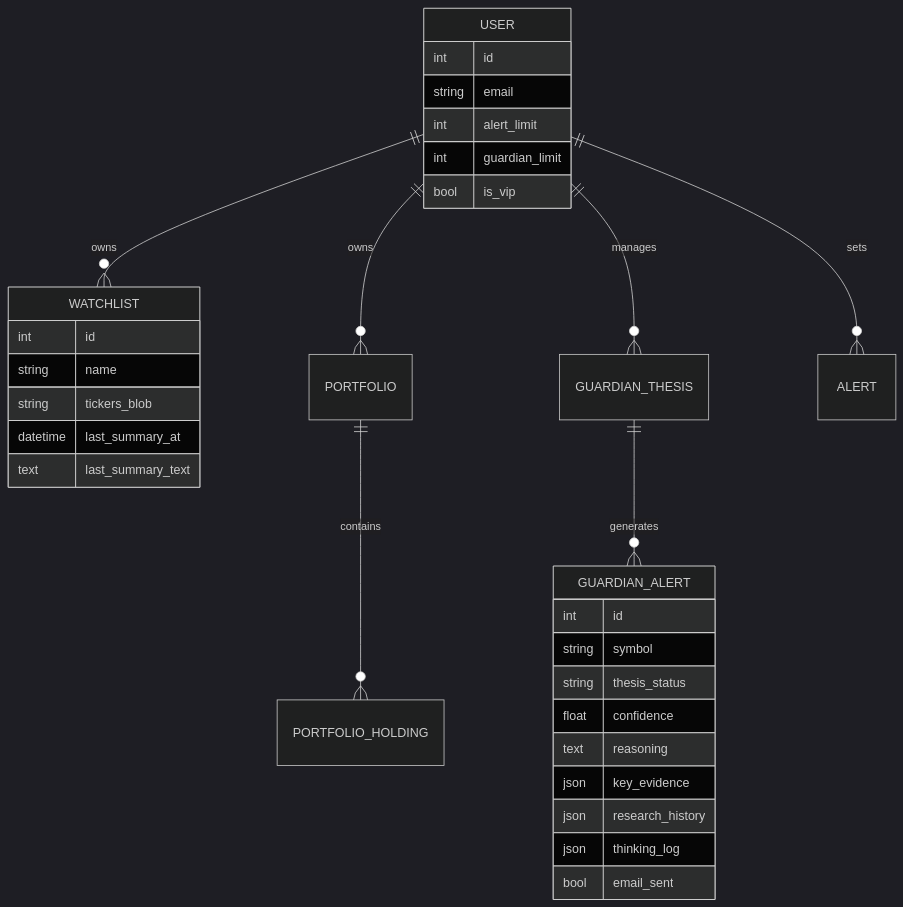
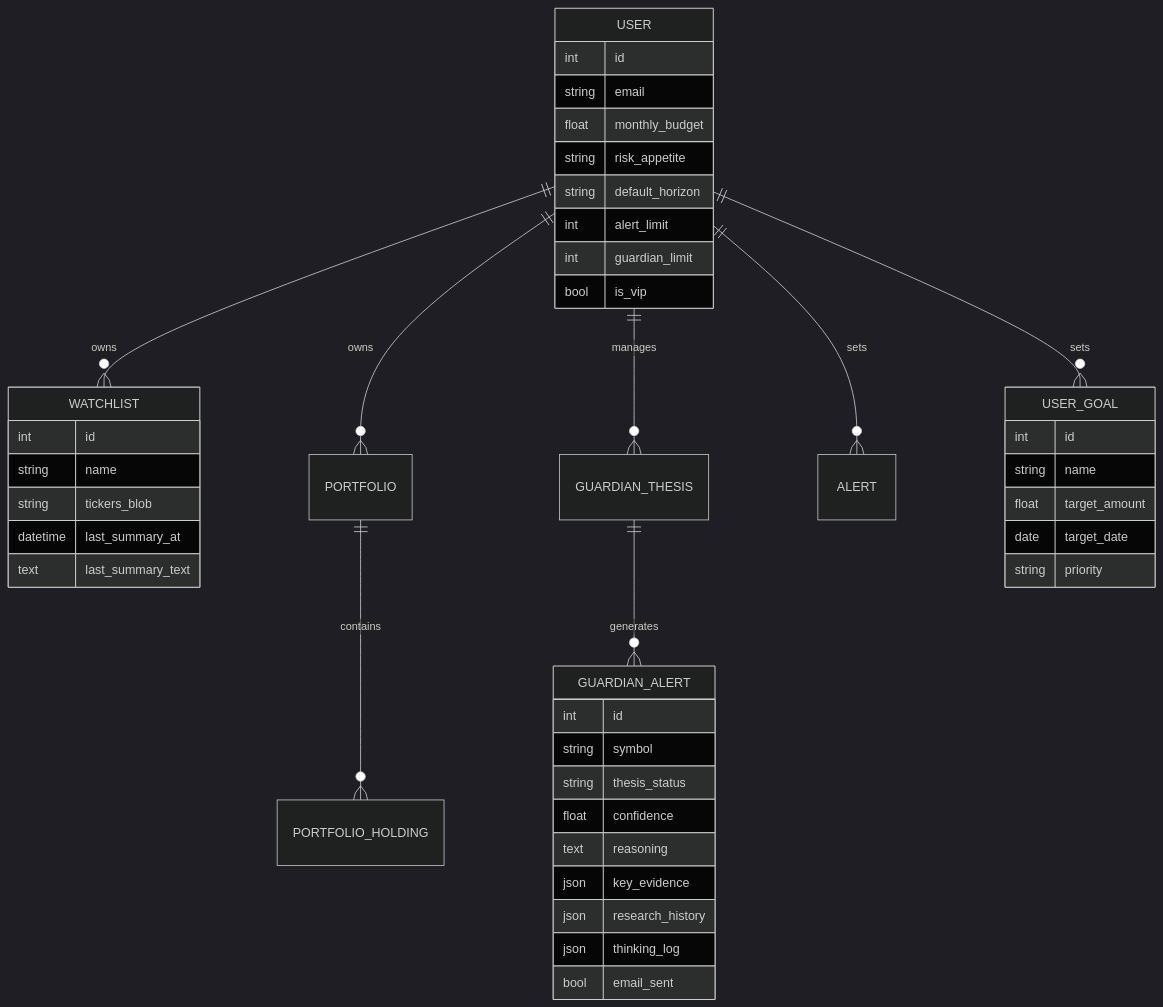
The fifth of 6 diagrams in docs/Vinsight_Technical_Specification.md (vinayakm-93/vinsight), drawn with Mermaid (dark theme) before and after one commit. The commit also changed other lines of this file and 25 other files, not shown here.

````diff
--- a/docs/Vinsight_Technical_Specification.md
+++ b/docs/Vinsight_Technical_Specification.md
@@ -205,39 +207,51 @@
 ```mermaid
 erDiagram
     USER ||--o{ WATCHLIST : owns
     USER ||--o{ PORTFOLIO : owns
     USER ||--o{ GUARDIAN_THESIS : manages
     USER ||--o{ ALERT : sets
+    USER ||--o{ USER_GOAL : sets
     
     PORTFOLIO ||--o{ PORTFOLIO_HOLDING : contains
     
     GUARDIAN_THESIS ||--o{ GUARDIAN_ALERT : generates
     
     USER {
         int id
         string email
+        float monthly_budget
+        string risk_appetite
+        string default_horizon
         int alert_limit
         int guardian_limit
         bool is_vip
+    }
+
+    USER_GOAL {
+        int id
+        string name
+        float target_amount
+        date target_date
+        string priority
     }
 
     WATCHLIST {
         int id
         string name
         string tickers_blob
         datetime last_summary_at
         text last_summary_text
     }
     
     GUARDIAN_ALERT {
         int id
         string symbol
         string thesis_status
         float confidence
         text reasoning
         json key_evidence
         json research_history
         json thinking_log
         bool email_sent
     }
 ```
````
